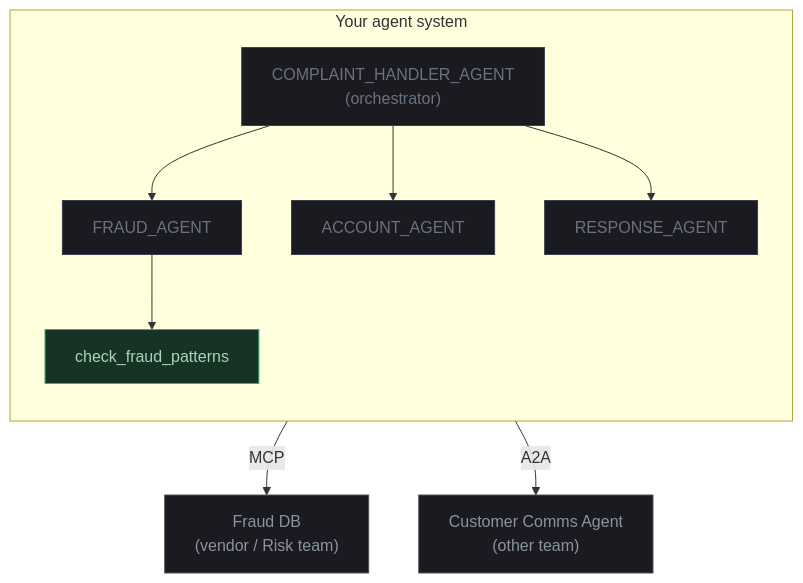
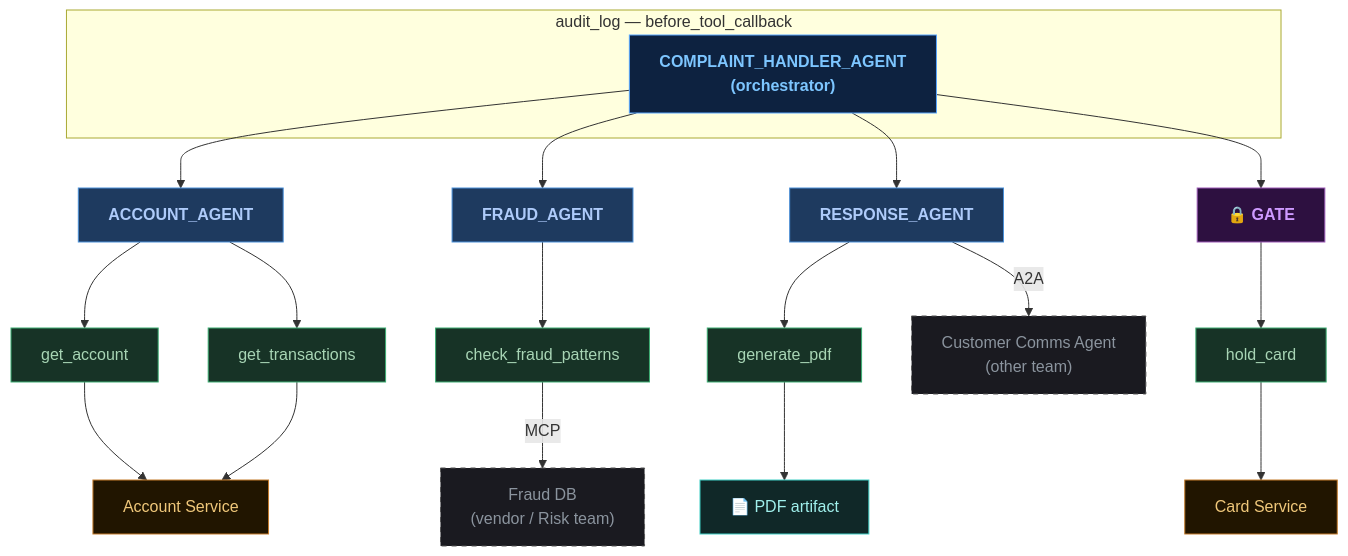
Before and after one commit to jaszczook/your-next-feature-might-need-an-agent: the fifth of 6 diagrams in slides/section4.md, drawn with Mermaid. The commit also changed other lines of this file and 7 other files, not shown here.

````diff
--- a/slides/section4.md
+++ b/slides/section4.md
@@ -220,21 +259,42 @@
 ```mermaid
 flowchart TD
-  classDef dim fill:#1a1a20,stroke:#374151,color:#6b7280
-  classDef tool fill:#173326,stroke:#3cad72,color:#a8d5b5
-  classDef ext fill:#1a1a20,stroke:#555,color:#8b949e
-  classDef proto fill:#1c2128,stroke:#58a6ff,color:#58a6ff
+    subgraph audit["audit_log — before_tool_callback"]
+        ORCH["COMPLAINT_HANDLER_AGENT\n(orchestrator)"]:::orch
+    end
 
-  subgraph inner["Your agent system"]
-    direction TB
-    CHA["COMPLAINT_HANDLER_AGENT\n(orchestrator)"]:::dim
-    AA["ACCOUNT_AGENT"]:::dim
-    FA["FRAUD_AGENT"]:::dim
-    RA["RESPONSE_AGENT"]:::dim
-    cf["check_fraud_patterns"]:::tool
-    FA --> cf
-    CHA --> AA & FA & RA
-  end
+    GATE["🔒 GATE"]:::gate
+    AA["ACCOUNT_AGENT"]:::agent
+    FA["FRAUD_AGENT"]:::agent
+    RA["RESPONSE_AGENT"]:::agent
+    HC["hold_card"]:::tool
 
-  cf --"MCP"--> FD["Fraud DB\n(vendor / Risk team)"]:::ext
-  RA --"A2A"--> CCA["Customer Comms Agent\n(other team)"]:::ext
+    GA["get_account"]:::tool
+    GT["get_transactions"]:::tool
+    CFP["check_fraud_patterns"]:::tool
+    GPDF["generate_pdf"]:::tool
+
+    AS["Account Service"]:::svc
+    FDB["Fraud DB\n(vendor / Risk team)"]:::ext
+    PDF["📄 PDF artifact"]:::artifact
+    CS["Card Service"]:::svc
+    CCA["Customer Comms Agent\n(other team)"]:::ext
+
+    ORCH --> AA & FA & RA
+    ORCH --> GATE --> HC
+    AA --> GA & GT
+    FA --> CFP
+    RA --> GPDF
+    RA -->|A2A| CCA
+    GA & GT --> AS
+    CFP -->|MCP| FDB
+    GPDF --> PDF
+    HC --> CS
+
+    classDef orch fill:#0d2240,stroke:#58a6ff,color:#7dc6ff,font-weight:700
+    classDef agent fill:#1e3a5f,stroke:#4a90d9,color:#aecbfa,font-weight:600
+    classDef tool fill:#173326,stroke:#3cad72,color:#a8d5b5
+    classDef svc fill:#211500,stroke:#c47b2a,color:#f0c87a
+    classDef artifact fill:#102828,stroke:#3ecec4,color:#a0f0ec
+    classDef gate fill:#2d1040,stroke:#9b59b6,color:#ce9aff,font-weight:700
+    classDef ext fill:#1a1a20,stroke:#555,color:#8b949e,stroke-dasharray:5 5
 ```
````
